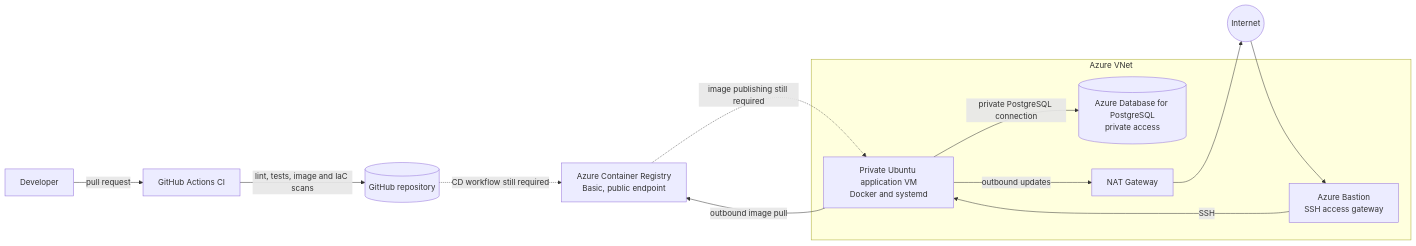
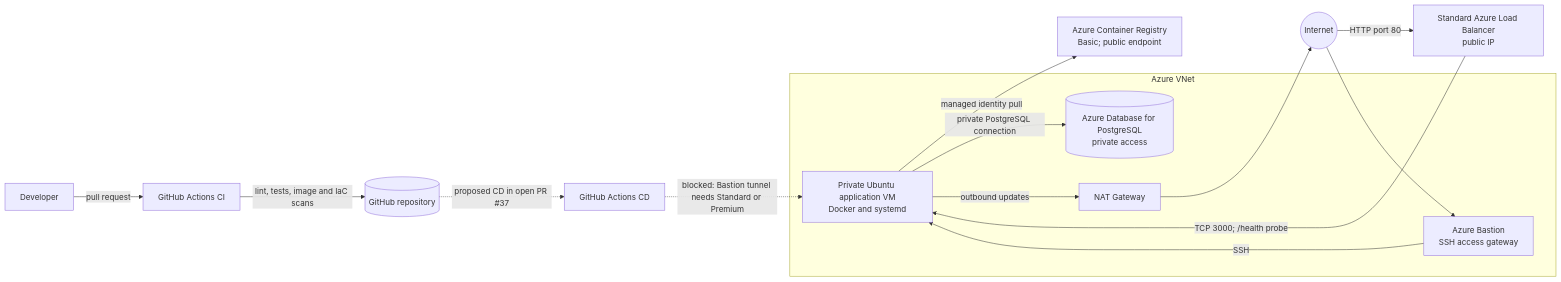
One commit to Kaerica/Project-foundation-and-secure-collaboration changed the diagram in README.md. Above: the diagram before and after it, drawn with Mermaid. The commit also changed other lines of this file and 9 other files, not shown here.

````diff
--- a/README.md
+++ b/README.md
@@ -293,21 +293,23 @@
 ```mermaid
 flowchart LR
     Dev[Developer] -->|pull request| CI[GitHub Actions CI]
     CI -->|lint, tests, image and IaC scans| Repo[(GitHub repository)]
-    Repo -. "CD workflow still required" .-> ACR[Azure Container Registry<br/>Basic, public endpoint]
-    ACR -. "image publishing still required" .-> VM[Private Ubuntu application VM<br/>Docker and systemd]
+    Repo -. "proposed CD in open PR #37" .-> CD[GitHub Actions CD]
+    CD -. "blocked: Bastion tunnel needs Standard or Premium" .-> VM[Private Ubuntu application VM<br/>Docker and systemd]
 
-    Internet((Internet)) --> Bastion[Azure Bastion<br/>SSH access gateway]
+    Internet((Internet)) -->|HTTP port 80| LB[Standard Azure Load Balancer<br/>public IP]
+    LB -->|TCP 3000; /health probe| VM
+    Internet --> Bastion[Azure Bastion<br/>SSH access gateway]
     Bastion -->|SSH| VM
+    VM -->|managed identity pull| ACR[Azure Container Registry<br/>Basic; public endpoint]
     VM -->|private PostgreSQL connection| DB[(Azure Database for PostgreSQL<br/>private access)]
-    VM -->|outbound image pull| ACR
     VM -->|outbound updates| NAT[NAT Gateway]
     NAT --> Internet
 
     subgraph Azure VNet
         Bastion
         VM
         DB
         NAT
     end
 ```
````
